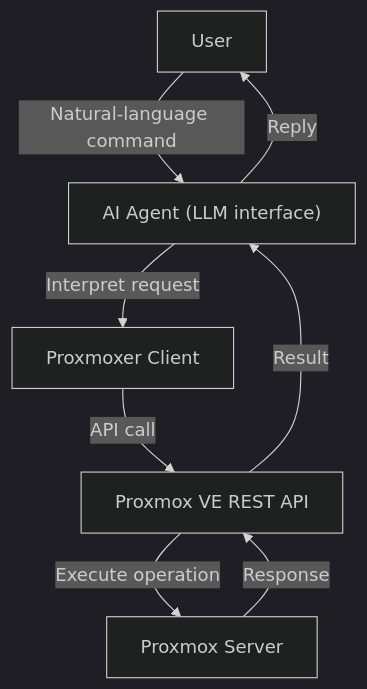
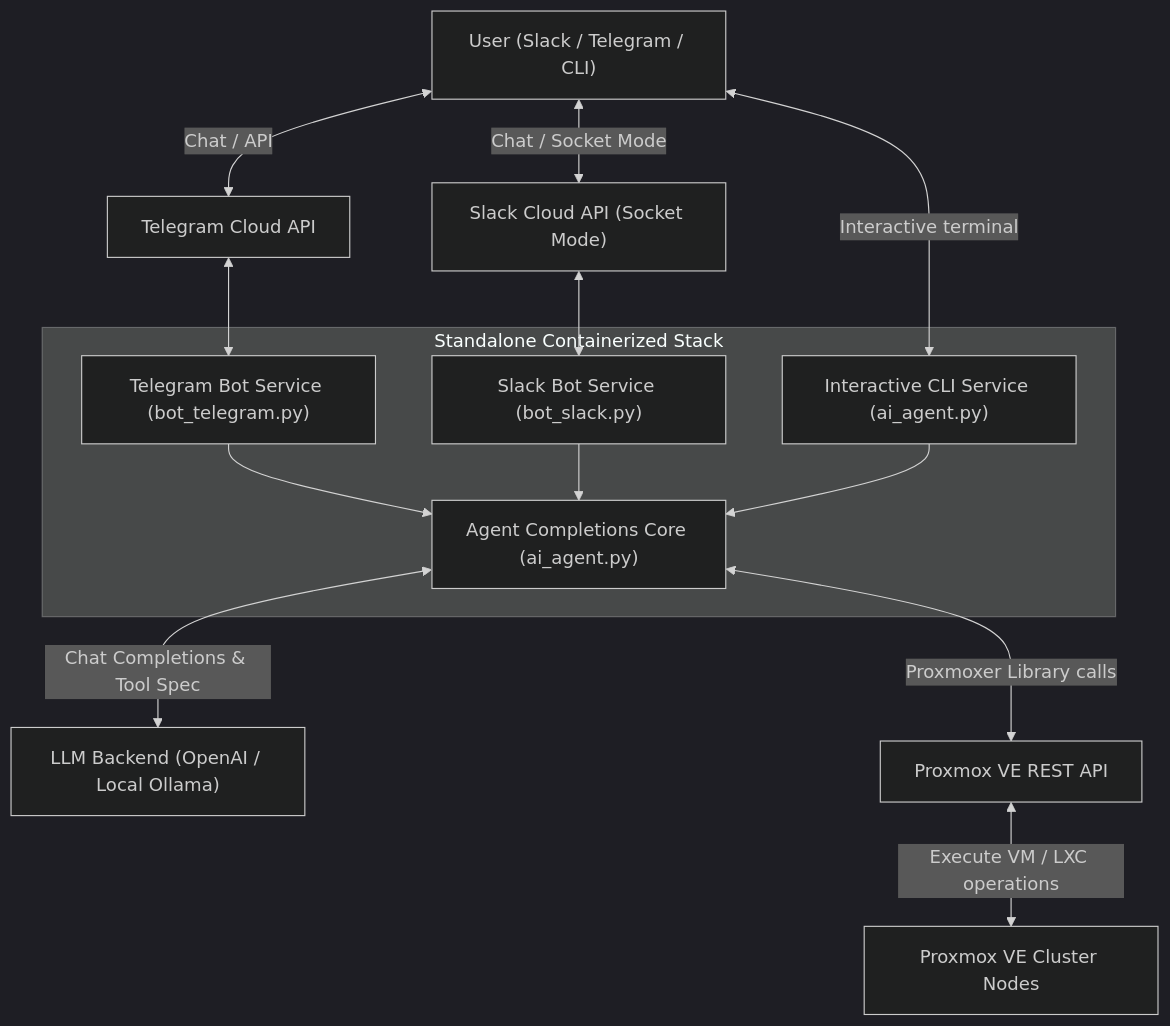
The diagram in diagram.md (sahibgasimov/proxmox-ai-agent), drawn with Mermaid (dark theme) before and after one commit. The commit also changed 1 other file, not shown here.

Commit message:
updated readme and architecture diagram

````diff
--- a/diagram.md
+++ b/diagram.md
@@ -3,16 +3,32 @@
 ```mermaid
 graph TD
-    User["User"]
-    Agent["AI Agent (LLM interface)"]
-    Proxmoxer["Proxmoxer Client"]
+    User["User (Slack / Telegram / CLI)"]
+    Telegram["Telegram Cloud API"]
+    Slack["Slack Cloud API (Socket Mode)"]
+    
+    subgraph Standalone Containerized Stack
+        TelegramBot["Telegram Bot Service (bot_telegram.py)"]
+        SlackBot["Slack Bot Service (bot_slack.py)"]
+        CLI["Interactive CLI Service (ai_agent.py)"]
+        CoreAgent["Agent Completions Core (ai_agent.py)"]
+    end
+    
+    LLM["LLM Backend (OpenAI / Local Ollama)"]
     ProxmoxAPI["Proxmox VE REST API"]
-    ProxmoxServer["Proxmox Server"]
+    ProxmoxCluster["Proxmox VE Cluster Nodes"]
 
-    User -->|Natural-language command| Agent
-    Agent -->|Interpret request| Proxmoxer
-    Proxmoxer -->|API call| ProxmoxAPI
-    ProxmoxAPI -->|Execute operation| ProxmoxServer
-    ProxmoxServer -->|Response| ProxmoxAPI
-    ProxmoxAPI -->|Result| Agent
-    Agent -->|Reply| User
+    User <-->|Chat / API| Telegram
+    User <-->|Chat / Socket Mode| Slack
+    
+    Telegram <--> TelegramBot
+    Slack <--> SlackBot
+    User <-->|Interactive terminal| CLI
+    
+    TelegramBot --> CoreAgent
+    SlackBot --> CoreAgent
+    CLI --> CoreAgent
+    
+    CoreAgent <-->|Chat Completions & Tool Spec| LLM
+    CoreAgent <-->|Proxmoxer Library calls| ProxmoxAPI
+    ProxmoxAPI <-->|Execute VM / LXC operations| ProxmoxCluster
 ```
````
